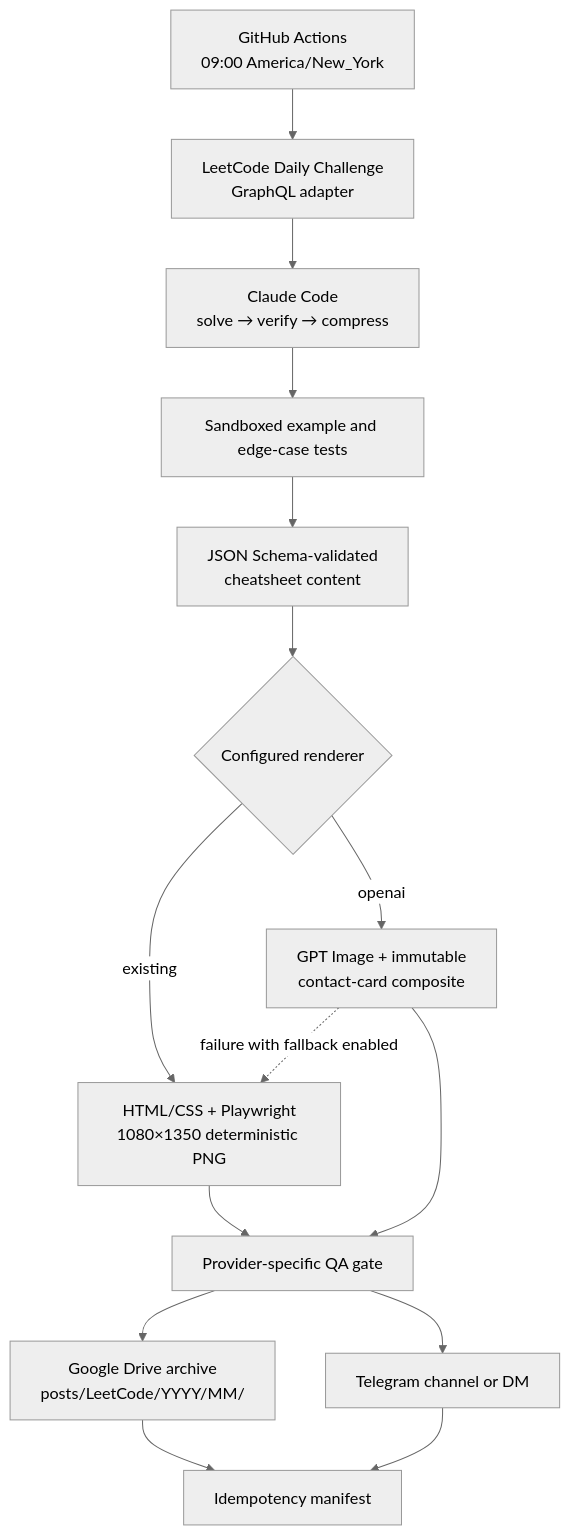
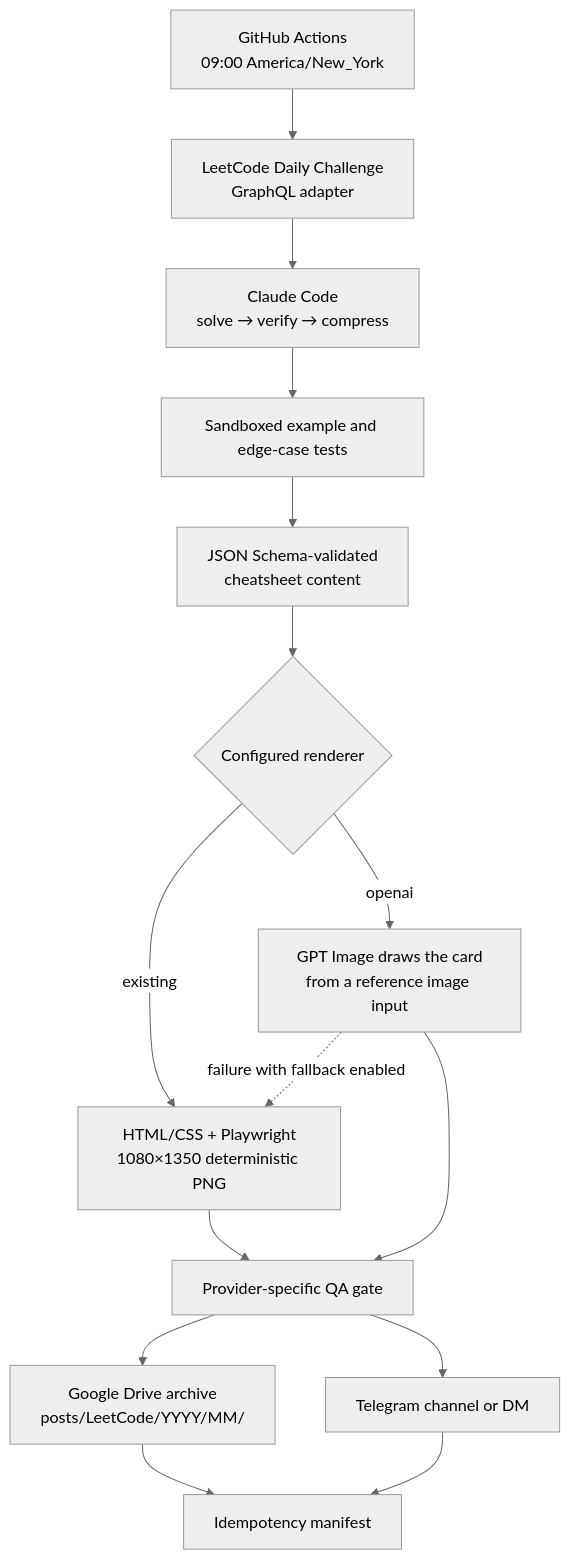
One commit to amfooladgar/leetcode-daily-cheatsheet changed the diagram in README.md. Above: the diagram before and after it, drawn with Mermaid (neutral theme). The commit also changed other lines of this file and 12 other files, not shown here.

First line of the commit message:
feat: send contact card as an OpenAI reference image instead of compositing it

````diff
--- a/README.md
+++ b/README.md
@@ -33,17 +33,17 @@
 ```mermaid
 flowchart TD
     schedule["GitHub Actions<br/>09:00 America/New_York"] --> fetch["LeetCode Daily Challenge<br/>GraphQL adapter"]
     fetch --> reason["Claude Code<br/>solve → verify → compress"]
     reason --> test["Sandboxed example and edge-case tests"]
     test --> schema["JSON Schema-validated<br/>cheatsheet content"]
     schema --> renderer{"Configured renderer"}
     renderer -->|existing| deterministic["HTML/CSS + Playwright<br/>1080×1350 deterministic PNG"]
-    renderer -->|openai| generated["GPT Image + immutable<br/>contact-card composite"]
+    renderer -->|openai| generated["GPT Image draws the card<br/>from a reference image input"]
     generated -. "failure with fallback enabled" .-> deterministic
     deterministic --> qa["Provider-specific QA gate"]
     generated --> qa
     qa --> drive["Google Drive archive<br/>posts/LeetCode/YYYY/MM/"]
     qa --> telegram["Telegram channel or DM"]
     drive --> manifest["Idempotency manifest"]
     telegram --> manifest
 ```
````
